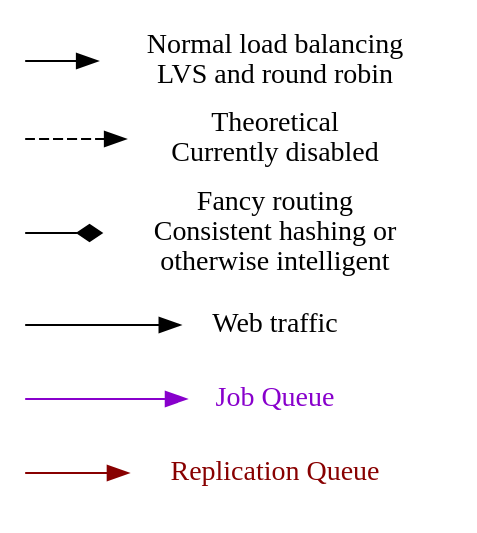
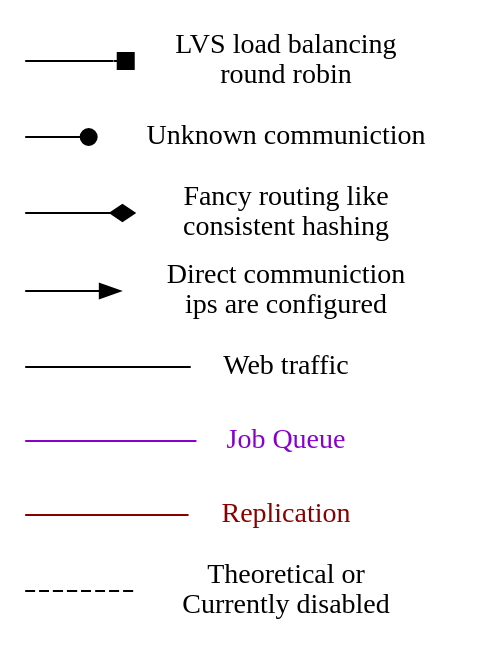
The diagram in key.dot (nik9000/wikimedia_diagram), drawn with Graphviz before and after one commit. The commit also changed 3 other files, not shown here.

```diff
--- a/key.dot
+++ b/key.dot
@@ -1,23 +1,30 @@
 digraph key {
   nodesep=0.01;
   rankdir="LR";
   node [style=invis, shape=none, fixedsize=true, width=0, label=""];
+  edge [arrowhead=none];
+
+  disabled_from -> disabled [style=dashed];
+  disabled [style=solid, fixedsize=false, label="Theoretical or\nCurrently disabled"];
 
   replication_color_from -> replication_color [color="#880000"];
-  replication_color [style=solid, fixedsize=false, label="Replication Queue", fontcolor="#880000"];
+  replication_color [style=solid, fixedsize=false, label="Replication", fontcolor="#880000"];
 
   job_color_from -> job_color [color="#8800cc"];
   job_color [style=solid, fixedsize=false, label="Job Queue", fontcolor="#8800cc"];
 
   web_color_from -> web_color;
   web_color [style=solid, fixedsize=false, label="Web traffic"];
 
+  direct_from -> direct [arrowhead=normal];
+  direct [style=solid, fixedsize=false, label="Direct communiction\nips are configured"];
+
   fancy_from -> fancy [arrowhead=diamond];
-  fancy [style=solid, fixedsize=false, label="Fancy routing\nConsistent hashing or\notherwise intelligent"];
+  fancy [style=solid, fixedsize=false, label="Fancy routing like\nconsistent hashing"];
 
-  disabled_from -> disabled [style=dashed];
-  disabled [style=solid, fixedsize=false, label="Theoretical\nCurrently disabled"];
+  unknown_from -> unknown [arrowhead=dot];
+  unknown [style=solid, fixedsize=false, label="Unknown communiction"];
 
-  noraml_from -> normal;
-  normal [style=solid, fixedsize=false, label="Normal load balancing\nLVS and round robin"];
+  lvs_from -> lvs [arrowhead=box];
+  lvs [style=solid, fixedsize=false, label="LVS load balancing\nround robin"];
 }
```
